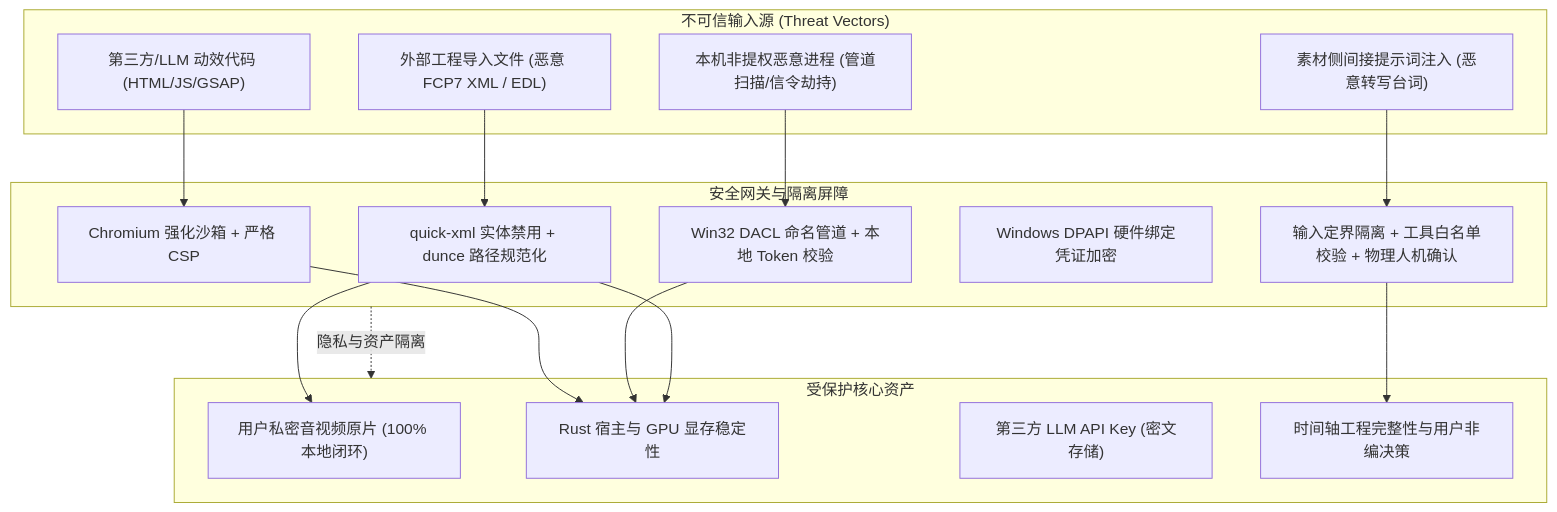
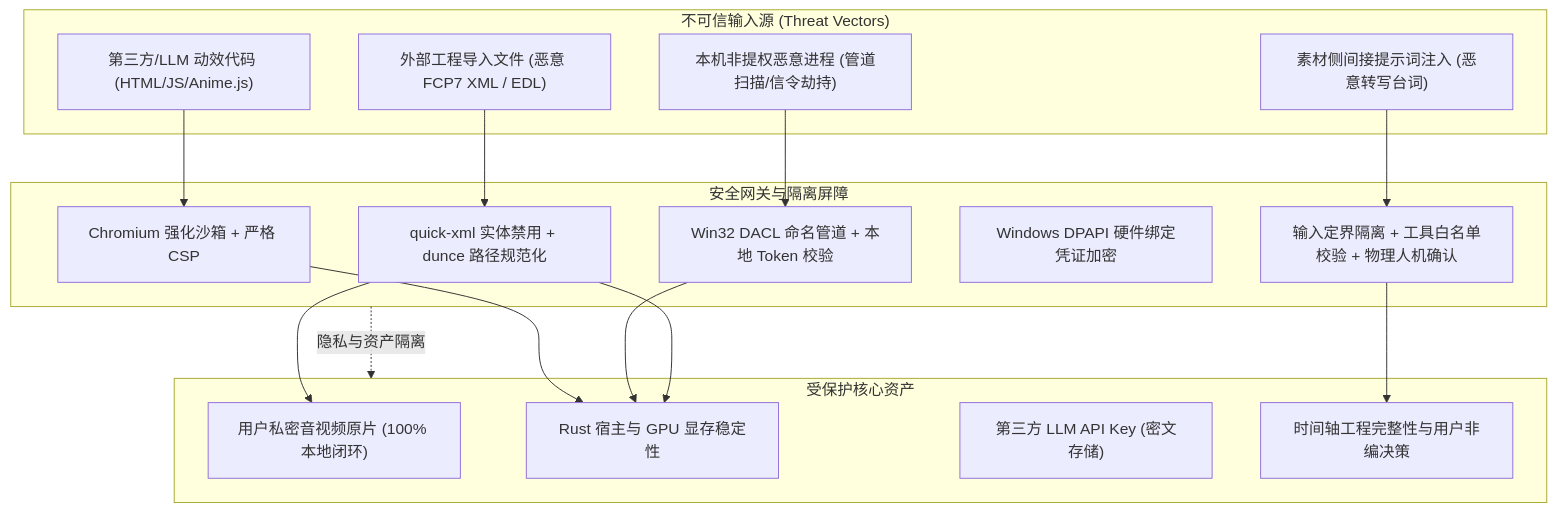
Before and after one commit to qiuku2022/ClipFlow: the diagram in docs/security-and-privacy.md, drawn with Mermaid. The commit also changed other lines of this file and 21 other files, not shown here.

````diff
--- a/docs/security-and-privacy.md
+++ b/docs/security-and-privacy.md
@@ -14,30 +14,30 @@
 ```mermaid
 flowchart TD
     subgraph Untrusted_Inputs ["不可信输入源 (Threat Vectors)"]
-        T1["第三方/LLM 动效代码 (HTML/JS/GSAP)"]
+        T1["第三方/LLM 动效代码 (HTML/JS/Anime.js)"]
         T2["本机非提权恶意进程 (管道扫描/信令劫持)"]
         T3["外部工程导入文件 (恶意 FCP7 XML / EDL)"]
         T4["素材侧间接提示词注入 (恶意转写台词)"]
     end
 
     subgraph Security_Gateways ["安全网关与隔离屏障"]
         G1["Chromium 强化沙箱 + 严格 CSP"]
         G2["Win32 DACL 命名管道 + 本地 Token 校验"]
         G3["quick-xml 实体禁用 + dunce 路径规范化"]
         G4["Windows DPAPI 硬件绑定凭证加密"]
         G5["输入定界隔离 + 工具白名单校验 + 物理人机确认"]
     end
 
     subgraph Protected_Assets ["受保护核心资产"]
         A1["用户私密音视频原片 (100% 本地闭环)"]
         A2["Rust 宿主与 GPU 显存稳定性"]
         A3["第三方 LLM API Key (密文存储)"]
         A4["时间轴工程完整性与用户非编决策"]
     end
 
     T1 --> G1 --> A2
     T2 --> G2 --> A2
     T3 --> G3 --> A1 & A2
     T4 --> G5 --> A4
     Security_Gateways -.->|隐私与资产隔离| Protected_Assets
 ```
````
